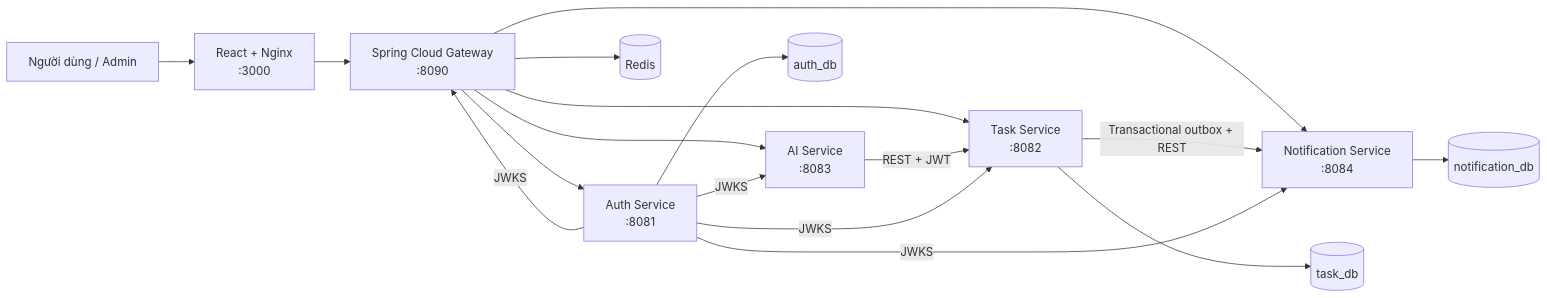
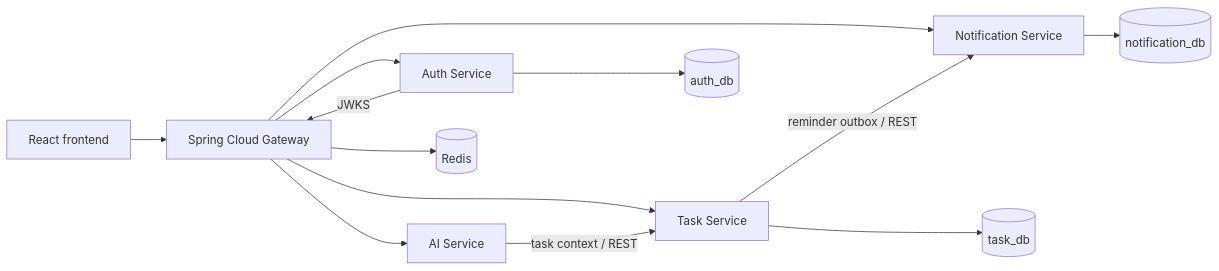
One commit to TranAnh1205/Flowmate changed the diagram in README.md. Above: the diagram before and after it, drawn with Mermaid. The commit also changed other lines of this file and 217 other files, not shown here.

Commit message:
Move Flowmate application to repository root

````diff
--- a/README.md
+++ b/README.md
@@ -65,19 +15,15 @@
 ```mermaid
 flowchart LR
-    U["Người dùng / Admin"] --> FE["React + Nginx<br/>:3000"]
-    FE --> GW["Spring Cloud Gateway<br/>:8090"]
-    GW --> AUTH["Auth Service<br/>:8081"]
-    GW --> TASK["Task Service<br/>:8082"]
-    GW --> AI["AI Service<br/>:8083"]
-    GW --> NOTI["Notification Service<br/>:8084"]
-    GW --> REDIS[(Redis)]
-    AUTH --> ADB[(auth_db)]
-    TASK --> TDB[(task_db)]
-    NOTI --> NDB[(notification_db)]
-    TASK -->|"Transactional outbox + REST"| NOTI
-    AI -->|"REST + JWT"| TASK
-    AUTH -->|JWKS| GW
-    AUTH -->|JWKS| TASK
-    AUTH -->|JWKS| AI
-    AUTH -->|JWKS| NOTI
+    Browser[React frontend] --> Gateway[Spring Cloud Gateway]
+    Gateway --> Auth[Auth Service]
+    Gateway --> Task[Task Service]
+    Gateway --> AI[AI Service]
+    Gateway --> Notification[Notification Service]
+    Gateway --> Redis[(Redis)]
+    Auth --> AuthDB[(auth_db)]
+    Task --> TaskDB[(task_db)]
+    Notification --> NotificationDB[(notification_db)]
+    Task -->|reminder outbox / REST| Notification
+    AI -->|task context / REST| Task
+    Auth -->|JWKS| Gateway
 ```
````
